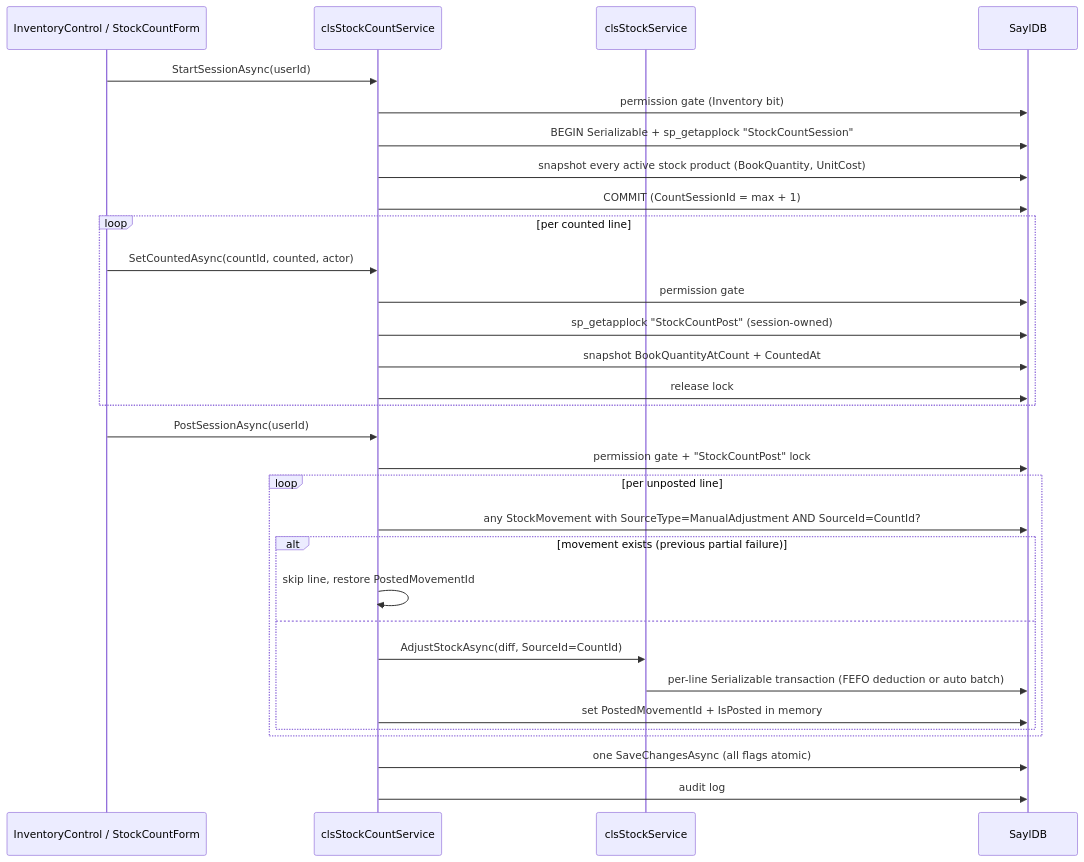
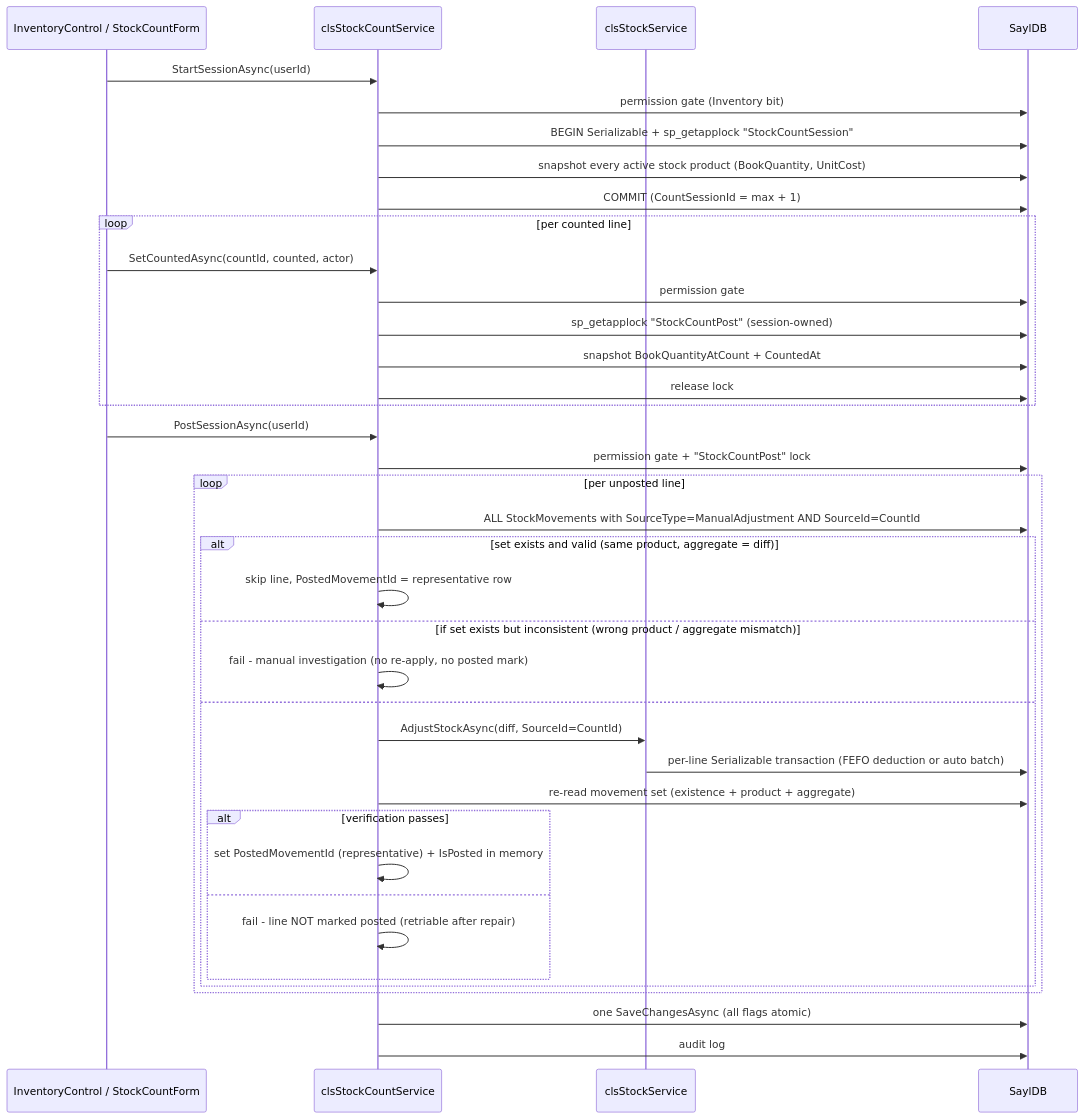
One commit to el-Sharif-suhiam/SaylPOS changed the fourth of 6 diagrams in docs/architecture/DATA_FLOW.md. Above: the diagram before and after it, drawn with Mermaid. The commit also changed other lines of this file and 3 other files, not shown here.

First line of the commit message:
fix(stock-count): validate posted movement sets and verify before marking lines

````diff
--- a/docs/architecture/DATA_FLOW.md
+++ b/docs/architecture/DATA_FLOW.md
@@ -100,36 +100,43 @@
 ```mermaid
 sequenceDiagram
     participant U as InventoryControl / StockCountForm
     participant SC as clsStockCountService
     participant ST as clsStockService
     participant DB as SaylDB
 
     U->>SC: StartSessionAsync(userId)
     SC->>DB: permission gate (Inventory bit)
     SC->>DB: BEGIN Serializable + sp_getapplock "StockCountSession"
     SC->>DB: snapshot every active stock product (BookQuantity, UnitCost)
     SC->>DB: COMMIT (CountSessionId = max + 1)
 
     loop per counted line
         U->>SC: SetCountedAsync(countId, counted, actor)
         SC->>DB: permission gate
         SC->>DB: sp_getapplock "StockCountPost" (session-owned)
         SC->>DB: snapshot BookQuantityAtCount + CountedAt
         SC->>DB: release lock
     end
 
     U->>SC: PostSessionAsync(userId)
     SC->>DB: permission gate + "StockCountPost" lock
     loop per unposted line
-        SC->>DB: any StockMovement with SourceType=ManualAdjustment AND SourceId=CountId?
-        alt movement exists (previous partial failure)
-            SC->>SC: skip line, restore PostedMovementId
+        SC->>DB: ALL StockMovements with SourceType=ManualAdjustment AND SourceId=CountId
+        alt set exists and valid (same product, aggregate = diff)
+            SC->>SC: skip line, PostedMovementId = representative row
+        else if set exists but inconsistent (wrong product / aggregate mismatch)
+            SC->>SC: fail - manual investigation (no re-apply, no posted mark)
         else
             SC->>ST: AdjustStockAsync(diff, SourceId=CountId)
             ST->>DB: per-line Serializable transaction (FEFO deduction or auto batch)
-            SC->>DB: set PostedMovementId + IsPosted in memory
+            SC->>DB: re-read movement set (existence + product + aggregate)
+            alt verification passes
+                SC->>SC: set PostedMovementId (representative) + IsPosted in memory
+            else
+                SC->>SC: fail - line NOT marked posted (retriable after repair)
+            end
         end
     end
     SC->>DB: one SaveChangesAsync (all flags atomic)
     SC->>DB: audit log
 ```
````
